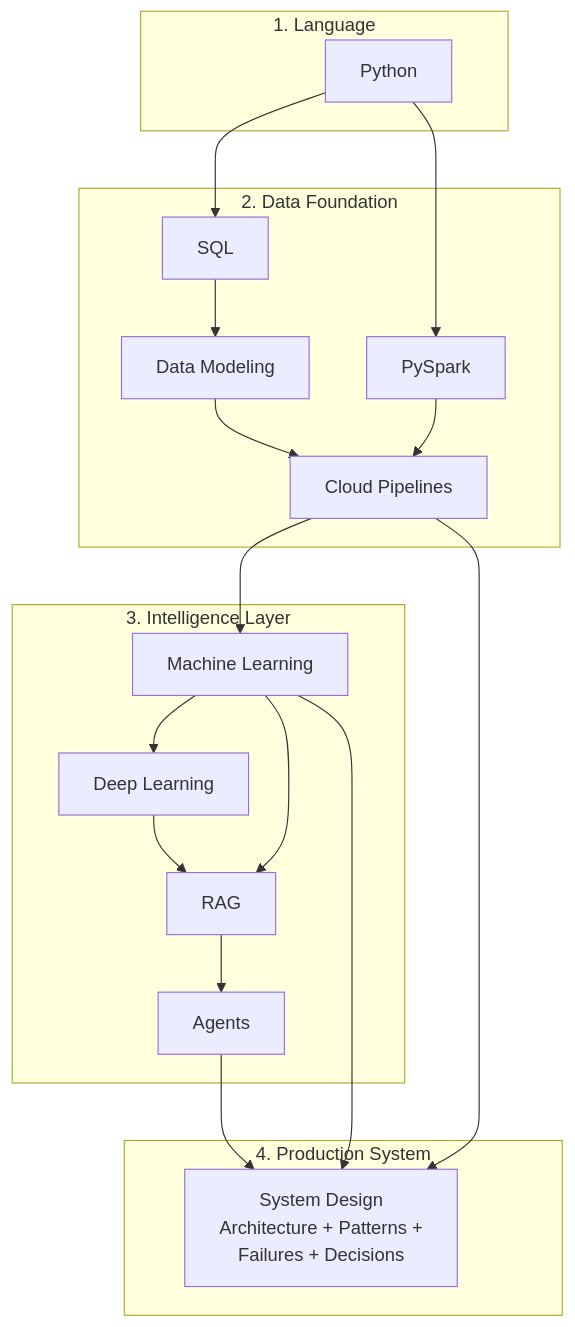
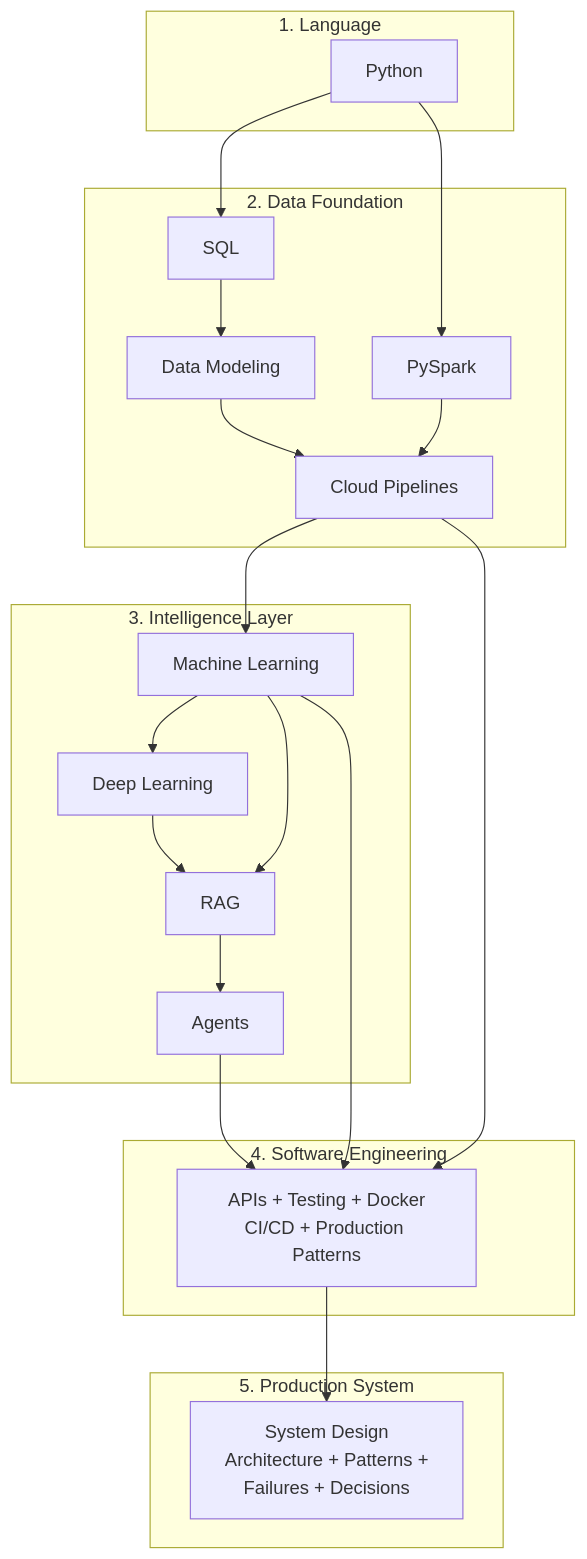
Before and after one commit to sunilmogadati/systems-in-production: the diagram in README.md, drawn with Mermaid. The commit also changed other lines of this file, not shown here.

Commit message:
Add Software Engineering to Builder's Path in README

````diff
--- a/README.md
+++ b/README.md
@@ -13,38 +13,43 @@
 ```mermaid
 graph TD
     subgraph "1. Language"
         PY["Python"]
     end
 
     subgraph "2. Data Foundation"
         SQL["SQL"]
         DM["Data Modeling"]
         PIPE["Cloud Pipelines"]
         SPARK["PySpark"]
     end
 
     subgraph "3. Intelligence Layer"
         ML["Machine Learning"]
         DL["Deep Learning"]
         RAG["RAG"]
         AGENTS["Agents"]
     end
 
-    subgraph "4. Production System"
+    subgraph "4. Software Engineering"
+        SWE["APIs + Testing + Docker<br/>CI/CD + Production Patterns"]
+    end
+
+    subgraph "5. Production System"
         SYS["System Design<br/>Architecture + Patterns +<br/>Failures + Decisions"]
     end
 
     PY --> SQL
     PY --> SPARK
     SQL --> DM
     DM --> PIPE
     SPARK --> PIPE
     PIPE --> ML
     ML --> DL
     ML --> RAG
     DL --> RAG
     RAG --> AGENTS
-    AGENTS --> SYS
-    PIPE --> SYS
-    ML --> SYS
+    AGENTS --> SWE
+    PIPE --> SWE
+    ML --> SWE
+    SWE --> SYS
 ```
````
